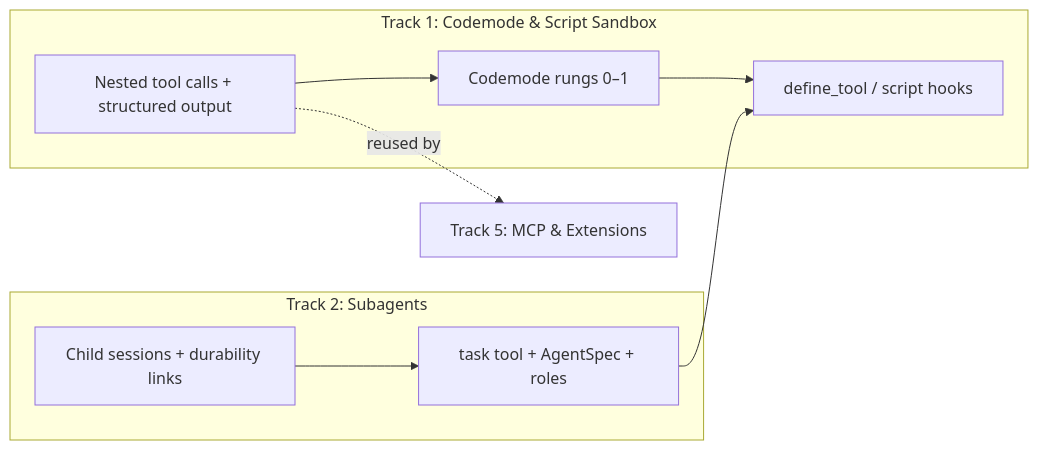
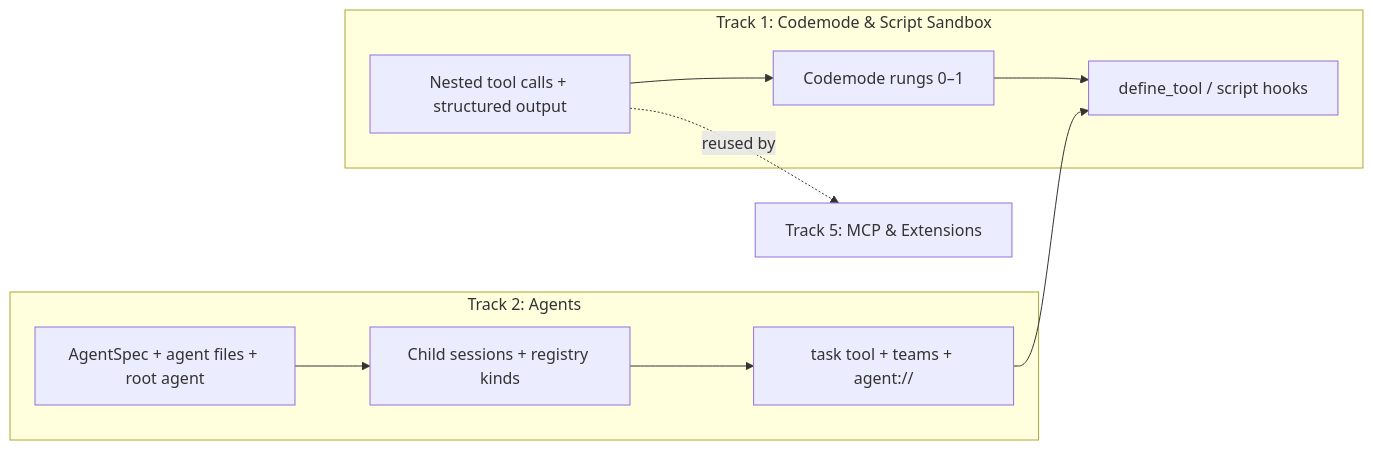
One commit to Axo-Gnosis/Axo changed the first of 2 diagrams in plan/plan.md. Above: the diagram before and after it, drawn with Mermaid. The commit also changed other lines of this file and 118 other files, not shown here.

````diff
--- a/plan/plan.md
+++ b/plan/plan.md
@@ -13,12 +13,13 @@
 ```mermaid
 flowchart LR
   subgraph T1["Track 1: Codemode & Script Sandbox"]
     N[Nested tool calls + structured output] --> C0[Codemode rungs 0–1]
     C0 --> DT[define_tool / script hooks]
   end
-  subgraph T2["Track 2: Subagents"]
-    CS[Child sessions + durability links] --> TK[task tool + AgentSpec + roles]
+  subgraph T2["Track 2: Agents"]
+    AS[AgentSpec + agent files + root agent] --> CS[Child sessions + registry kinds]
+    CS --> TK[task tool + teams + agent://]
   end
   TK --> DT
   N -.reused by.-> MCP[Track 5: MCP & Extensions]
 ```
````
